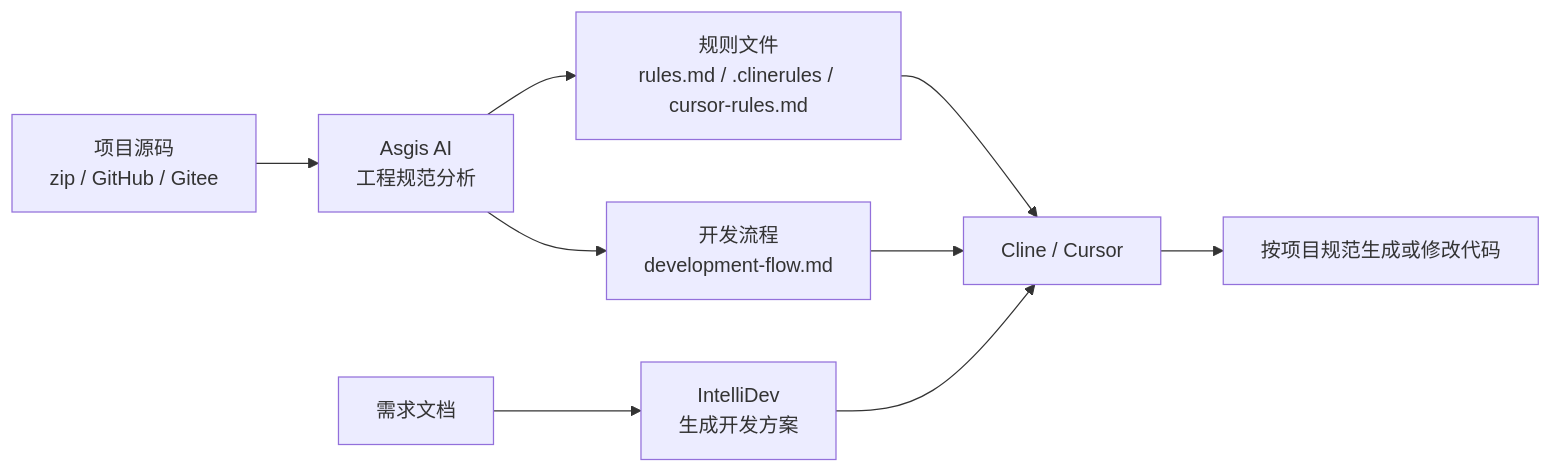
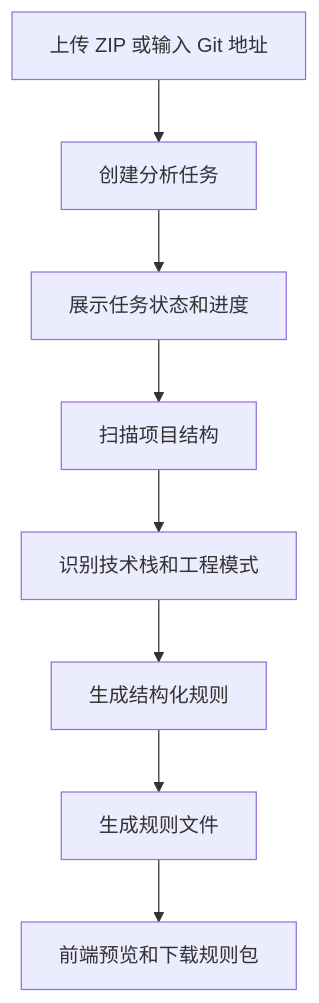
Before and after one commit to SaberLilyLi/Asgis-AI: the diagram in README.md, drawn with Mermaid. The commit also changed other lines of this file and 2 other files, not shown here.

````diff
--- a/README.md
+++ b/README.md
@@ -21,11 +68,10 @@
 ```mermaid
-flowchart LR
-  A["项目源码<br/>zip / GitHub / Gitee"] --> B["Asgis AI<br/>工程规范分析"]
-  B --> C["规则文件<br/>rules.md / .clinerules / cursor-rules.md"]
-  B --> D["开发流程<br/>development-flow.md"]
-  E["需求文档"] --> F["IntelliDev<br/>生成开发方案"]
-  C --> G["Cline / Cursor"]
-  D --> G
-  F --> G
-  G --> H["按项目规范生成或修改代码"]
+flowchart TD
+  A["上传 ZIP 或输入 Git 地址"] --> B["创建分析任务"]
+  B --> C["展示任务状态和进度"]
+  C --> D["扫描项目结构"]
+  D --> E["识别技术栈和工程模式"]
+  E --> F["生成结构化规则"]
+  F --> G["生成规则文件"]
+  G --> H["前端预览和下载规则包"]
 ```
````
